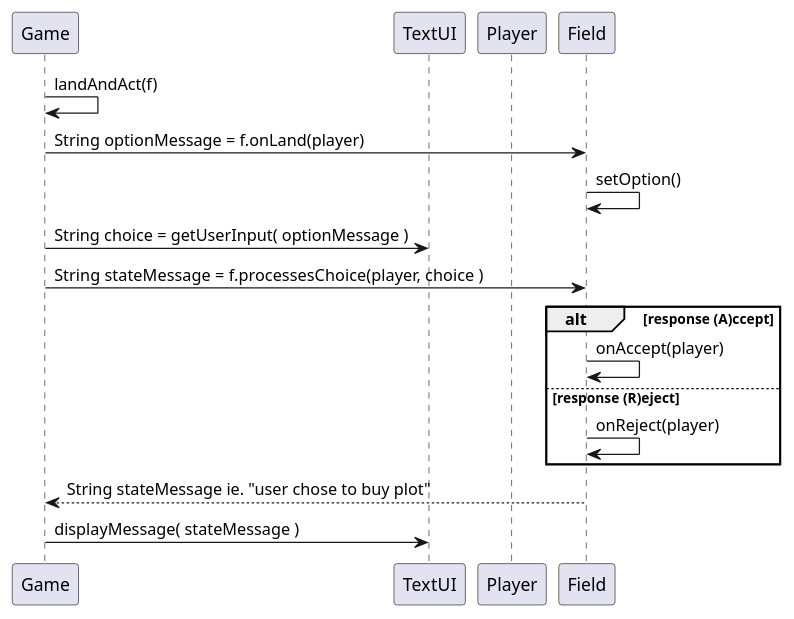
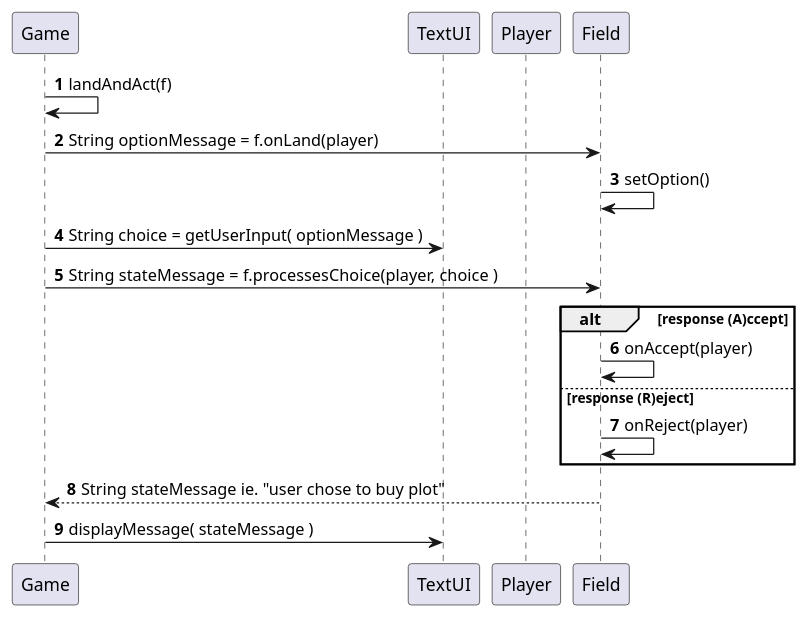
Before and after one commit to christoffertimm/OOP2-opgaver: the diagram in Documentation/landAndAct.puml, drawn with PlantUML. The commit also changed 18 other files, not shown here.

```diff
--- a/Documentation/landAndAct.puml
+++ b/Documentation/landAndAct.puml
@@ -1,22 +1,22 @@
 @startuml
 'https://plantuml.com/sequence-diagram
 
-'autonumber
+autonumber
 participant Game as game
 participant TextUI as ui
 participant Player as player
 participant Field  as field
 
 game -> game : landAndAct(f)
 game -> field : String optionMessage = f.onLand(player)
 field -> field : setOption()
 game -> ui : String choice = getUserInput( optionMessage )
 game -> field : String stateMessage = f.processesChoice(player, choice )
 alt response (A)ccept
     field -> field : onAccept(player)
 else response (R)eject
     field -> field : onReject(player)
     end
 field --> game : String stateMessage ie. "user chose to buy plot"
 game -> ui : displayMessage( stateMessage )
 @enduml
```
